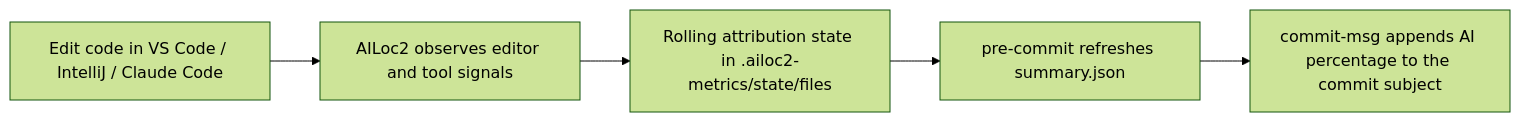
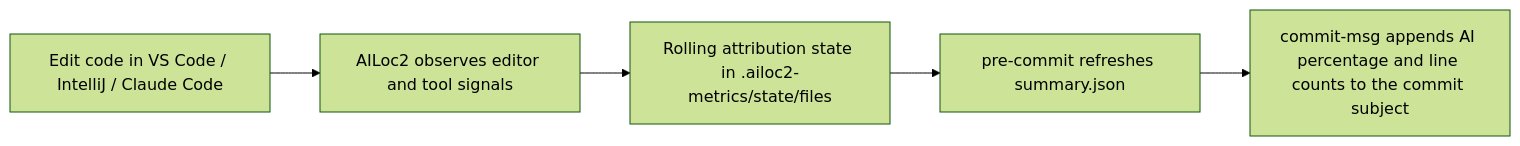
The diagram in README.md (Gogolian/ailoc2-probe-extension), drawn with Mermaid (forest theme) before and after one commit. The commit also changed other lines of this file and 34 other files, not shown here.

````diff
--- a/README.md
+++ b/README.md
@@ -61,7 +61,7 @@
 ```mermaid
 flowchart LR
     A[Edit code in VS Code / IntelliJ / Claude Code] --> B[AILoc2 observes editor and tool signals]
     B --> C[Rolling attribution state in .ailoc2-metrics/state/files]
     C --> D[pre-commit refreshes summary.json]
-    D --> E[commit-msg appends AI percentage to the commit subject]
+    D --> E[commit-msg appends AI percentage and line counts to the commit subject]
 ```
````
